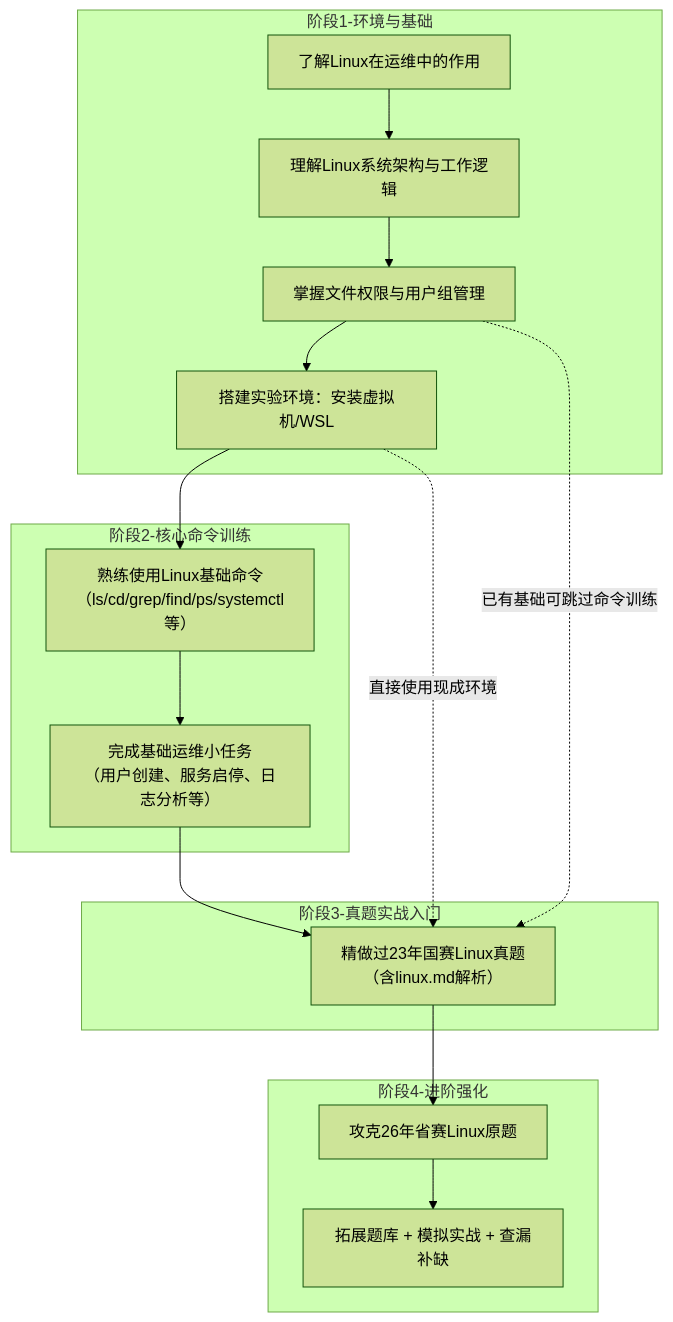
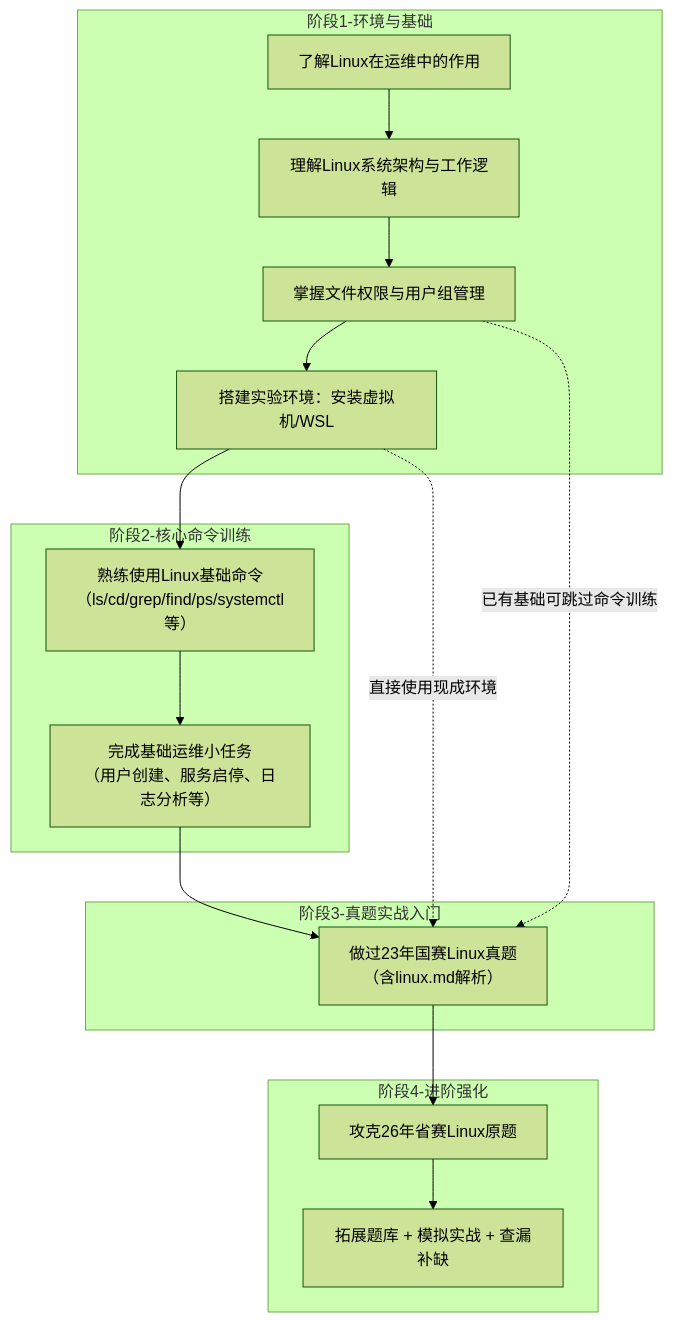
The diagram in linux_note/README_linux.md (ICrazybabyI/note), drawn with Mermaid (forest theme) before and after one commit.

Commit message:
vault backup: 2026-05-06 07:52:58

````diff
--- a/linux_note/README_linux.md
+++ b/linux_note/README_linux.md
@@ -2,24 +2,24 @@
 ```mermaid
 graph TB
     subgraph 阶段1-环境与基础
         A["了解Linux在运维中的作用"] --> B["理解Linux系统架构与工作逻辑"]
         B --> C["掌握文件权限与用户组管理"]
         C --> Env["搭建实验环境：安装虚拟机/WSL"]
     end
 
     subgraph 阶段2-核心命令训练
         Env --> E["熟练使用Linux基础命令<br/>（ls/cd/grep/find/ps/systemctl等）"]
         E --> P["完成基础运维小任务<br/>（用户创建、服务启停、日志分析等）"]
     end
 
     subgraph 阶段3-真题实战入门
-        P --> F["精做过23年国赛Linux真题<br/>（含linux.md解析）"]
+        P --> F["做过23年国赛Linux真题<br/>（含linux.md解析）"]
         C -.->|已有基础可跳过命令训练| F
         Env -.->|直接使用现成环境| F
     end
 
     subgraph 阶段4-进阶强化
         F --> G["攻克26年省赛Linux原题"]
         G --> H["拓展题库 + 模拟实战 + 查漏补缺"]
     end
 ```
````
